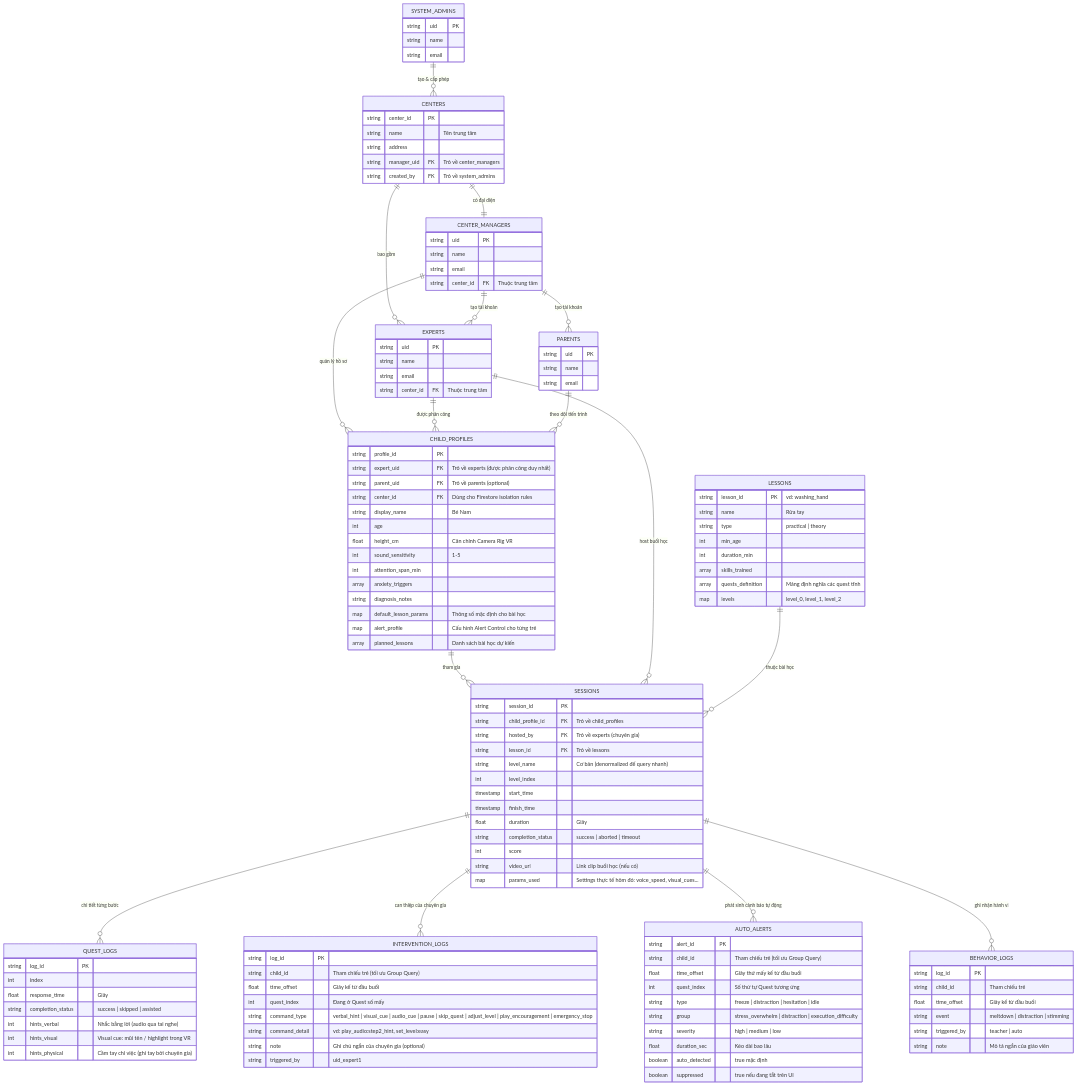
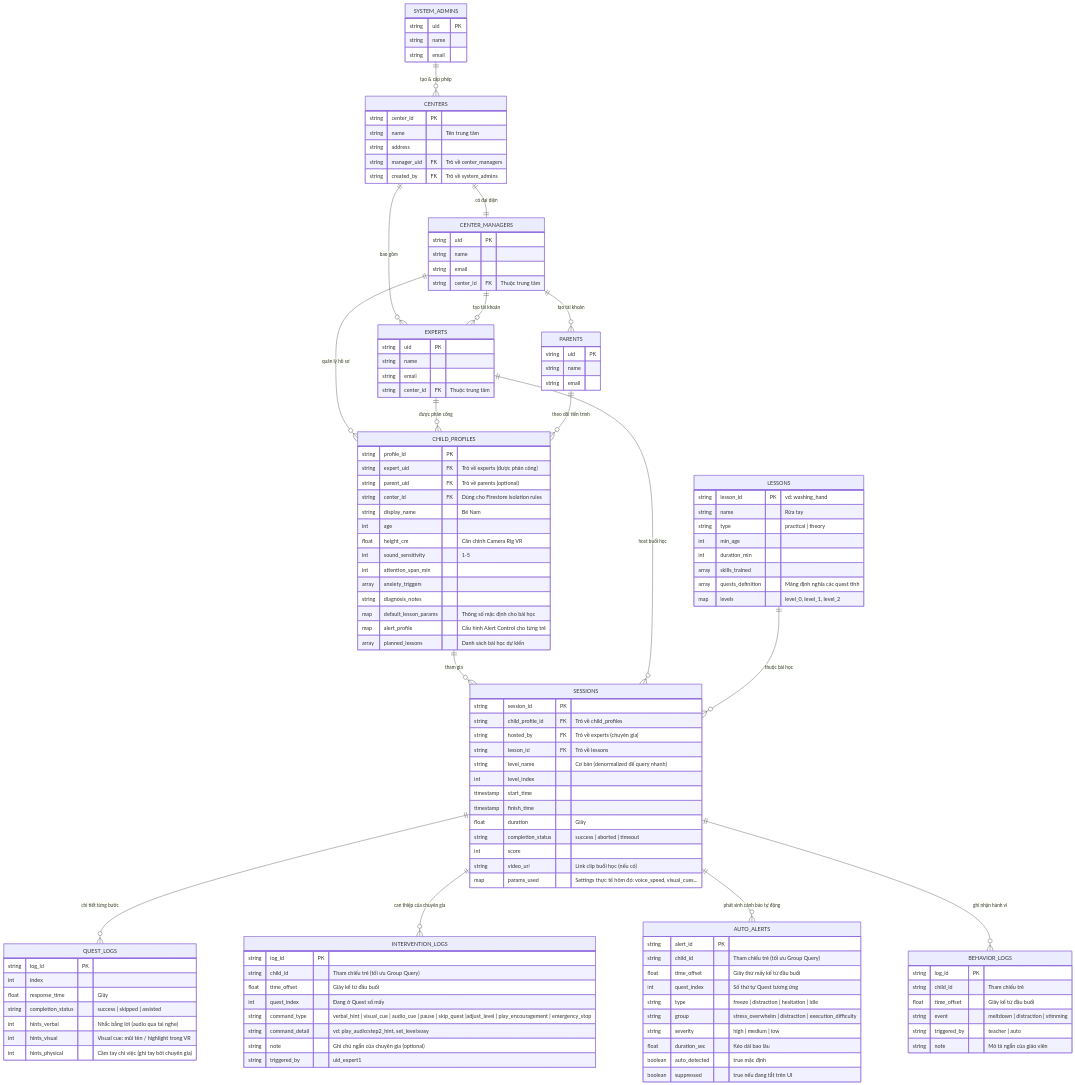
The first of 2 diagrams in doc/architecture/DATABASE_SCHEMA_DESIGN.md (notvux00/VRA-web), drawn with Mermaid before and after one commit. The commit also changed other lines of this file and 5 other files, not shown here.

```diff
--- a/doc/architecture/DATABASE_SCHEMA_DESIGN.md
+++ b/doc/architecture/DATABASE_SCHEMA_DESIGN.md
@@ -59,7 +59,7 @@
     %% ── DỮ LIỆU LÂM SÀNG ────────────────────────────────────
     CHILD_PROFILES {
         string profile_id PK
-        string expert_uid FK "Trỏ về experts (được phân công duy nhất)"
+        string expert_uid FK "Trỏ về experts (được phân công)"
         string parent_uid FK "Trỏ về parents (optional)"
         string center_id FK "Dùng cho Firestore isolation rules"
         string display_name "Bé Nam"
@@ -122,7 +122,7 @@
         string child_id "Tham chiếu trẻ (tối ưu Group Query)"
         float time_offset "Giây kể từ đầu buổi"
         int quest_index "Đang ở Quest số mấy"
-        string command_type "verbal_hint | visual_cue | audio_cue | pause | skip_quest | adjust_level | play_encouragement | emergency_stop"
+        string command_type "verbal_hint | visual_cue | audio_cue | pause | skip_quest |adjust_level | play_encouragement | emergency_stop"
         string command_detail "vd: play_audio:step2_hint, set_level:easy"
         string note "Ghi chú ngắn của chuyên gia (optional)"
         string triggered_by "uid_expert1"
```
